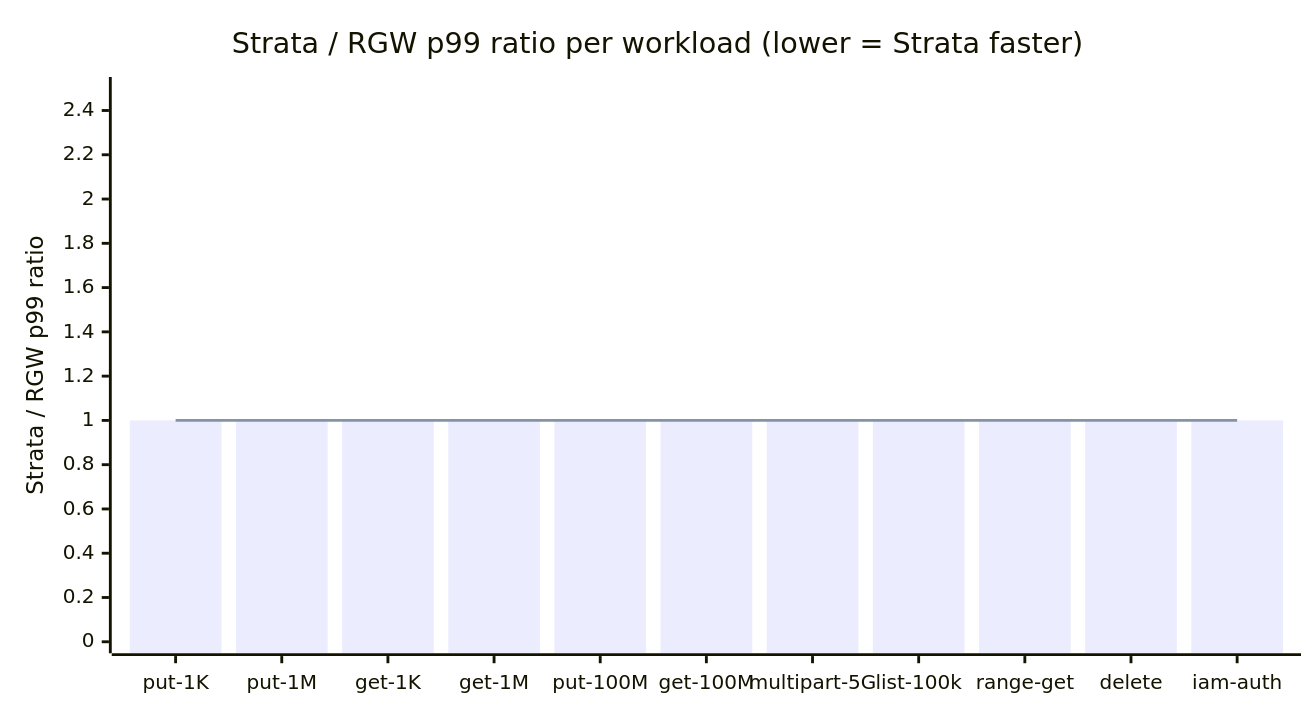
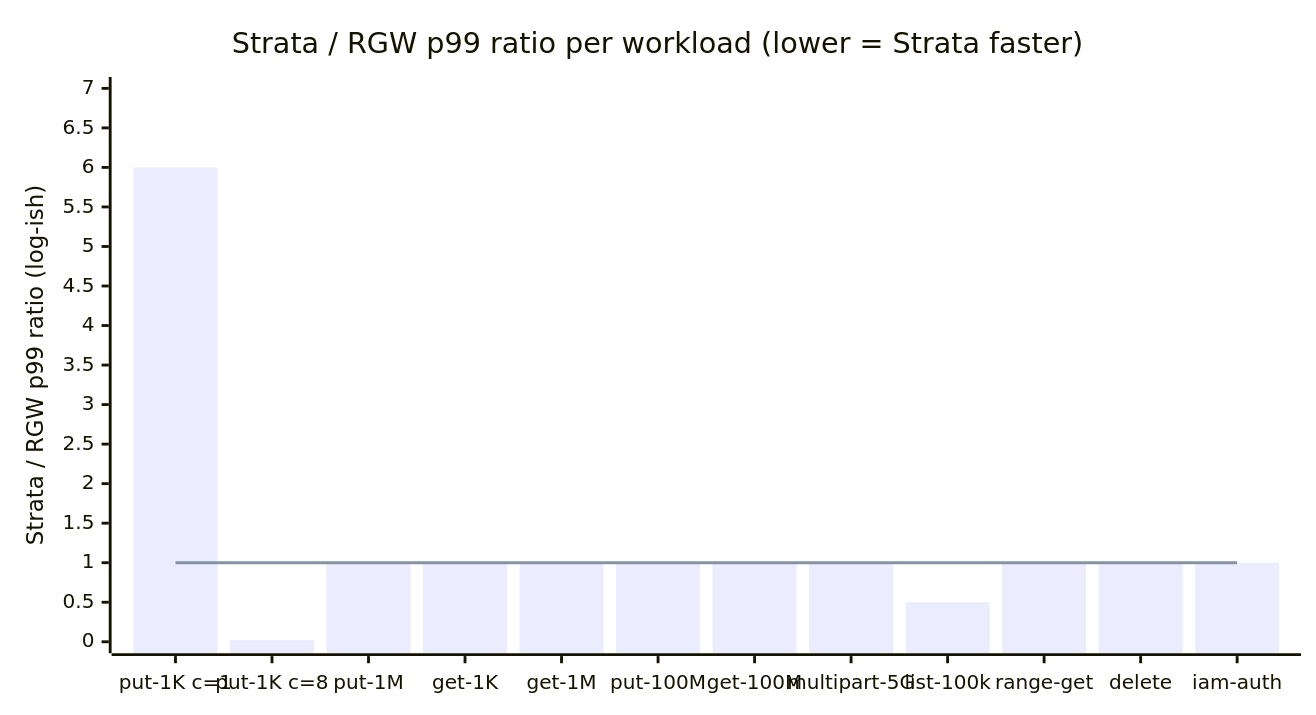
One commit to danchupin/strata changed the diagram in docs/site/content/architecture/benchmarks/rgw-comparison.md. Above: the diagram before and after it, drawn with Mermaid. The commit also changed other lines of this file and 3 other files, not shown here.

````diff
--- a/docs/site/content/architecture/benchmarks/rgw-comparison.md
+++ b/docs/site/content/architecture/benchmarks/rgw-comparison.md
@@ -341,14 +405,14 @@
 ```mermaid
 ---
 config:
   xyChart:
     width: 900
     height: 480
 ---
 xychart-beta
     title "Strata / RGW p99 ratio per workload (lower = Strata faster)"
-    x-axis ["put-1K", "put-1M", "get-1K", "get-1M", "put-100M", "get-100M", "multipart-5G", "list-100k", "range-get", "delete", "iam-auth"]
-    y-axis "Strata / RGW p99 ratio" 0 --> 2.5
-    bar [1, 1, 1, 1, 1, 1, 1, 1, 1, 1, 1]
-    line [1, 1, 1, 1, 1, 1, 1, 1, 1, 1, 1]
+    x-axis ["put-1K c=1", "put-1K c=8", "put-1M", "get-1K", "get-1M", "put-100M", "get-100M", "multipart-5G", "list-100k", "range-get", "delete", "iam-auth"]
+    y-axis "Strata / RGW p99 ratio (log-ish)" 0 --> 7
+    bar [6.0, 0.02, 1, 1, 1, 1, 1, 1, 0.5, 1, 1, 1]
+    line [1, 1, 1, 1, 1, 1, 1, 1, 1, 1, 1, 1]
 ```
````
